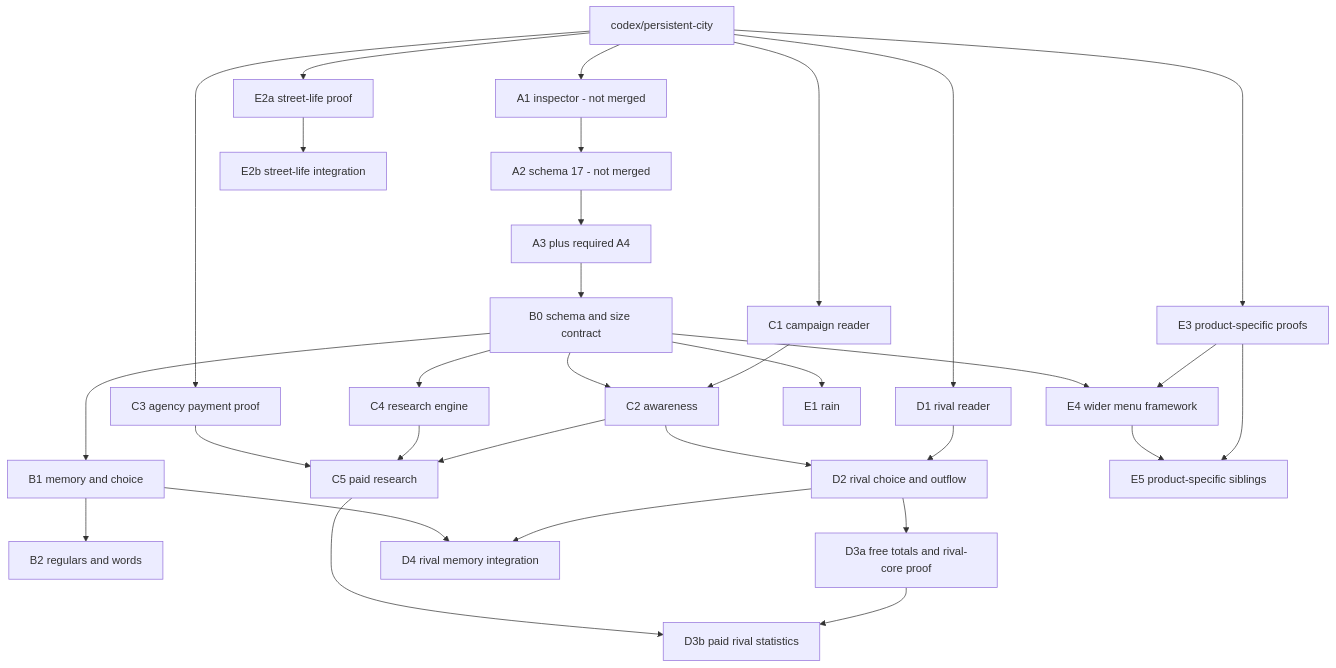
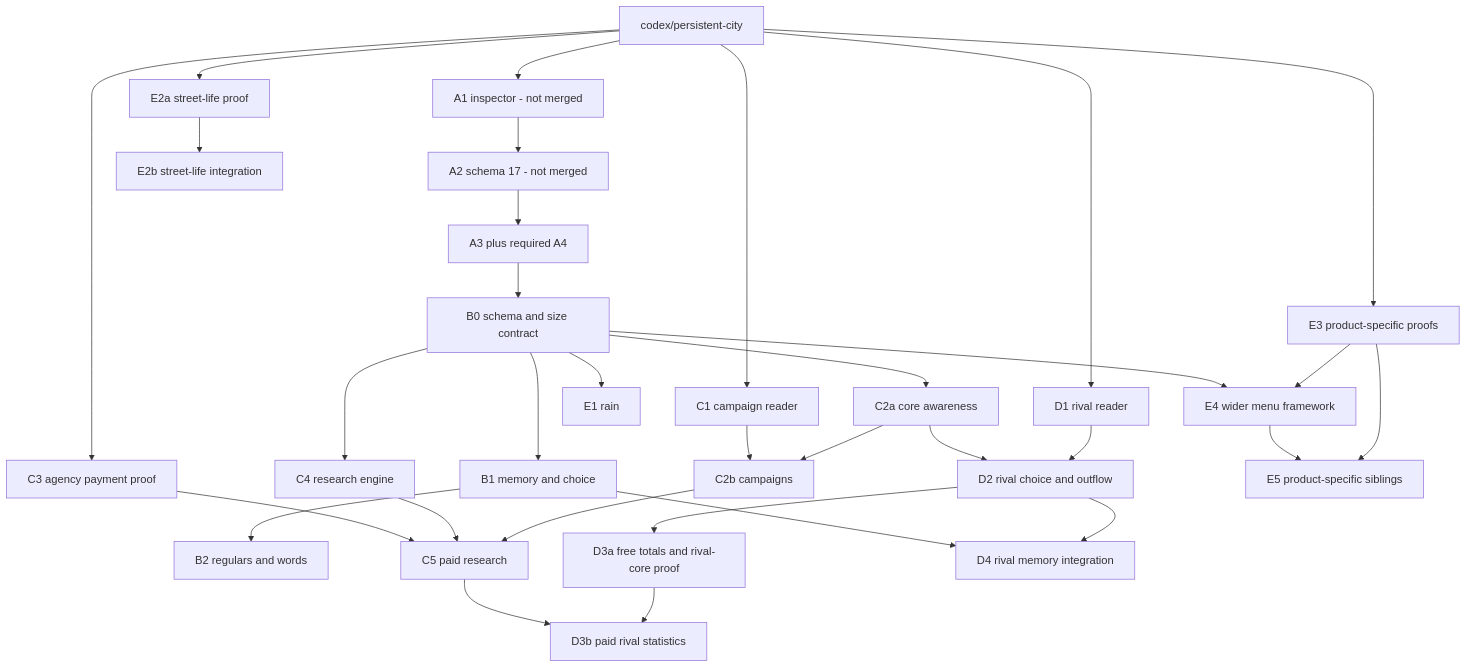
One commit to PeterHartwieg/big-ambitions-persistent-city changed the diagram in docs/plans/steps-b-e.md. Above: the diagram before and after it, drawn with Mermaid. The commit also changed other lines of this file, not shown here.

````diff
--- a/docs/plans/steps-b-e.md
+++ b/docs/plans/steps-b-e.md
@@ -236,33 +248,34 @@
 ```mermaid
 graph TD
   Base[codex/persistent-city] --> A1[A1 inspector - not merged]
   A1 --> A2[A2 schema 17 - not merged]
   A2 --> A3[A3 plus required A4]
   A3 --> B0[B0 schema and size contract]
   B0 --> B1[B1 memory and choice]
   B1 --> B2[B2 regulars and words]
   Base --> C1[C1 campaign reader]
   Base --> C3[C3 agency payment proof]
-  B0 --> C2[C2 awareness]
-  C1 --> C2
+  B0 --> C2a[C2a core awareness]
+  C1 --> C2b[C2b campaigns]
+  C2a --> C2b
   B0 --> C4[C4 research engine]
   C3 --> C5[C5 paid research]
   C4 --> C5
-  C2 --> C5
+  C2b --> C5
   Base --> D1[D1 rival reader]
-  C2 --> D2[D2 rival choice and outflow]
+  C2a --> D2[D2 rival choice and outflow]
   D1 --> D2
   D2 --> D3a[D3a free totals and rival-core proof]
   C5 --> D3b[D3b paid rival statistics]
   D3a --> D3b
   B1 --> D4[D4 rival memory integration]
   D2 --> D4
   B0 --> E1[E1 rain]
   Base --> E2a[E2a street-life proof]
   E2a --> E2b[E2b street-life integration]
   Base --> E3[E3 product-specific proofs]
   B0 --> E4[E4 wider menu framework]
   E3 --> E4
   E4 --> E5[E5 product-specific siblings]
   E3 --> E5
 ```
````
